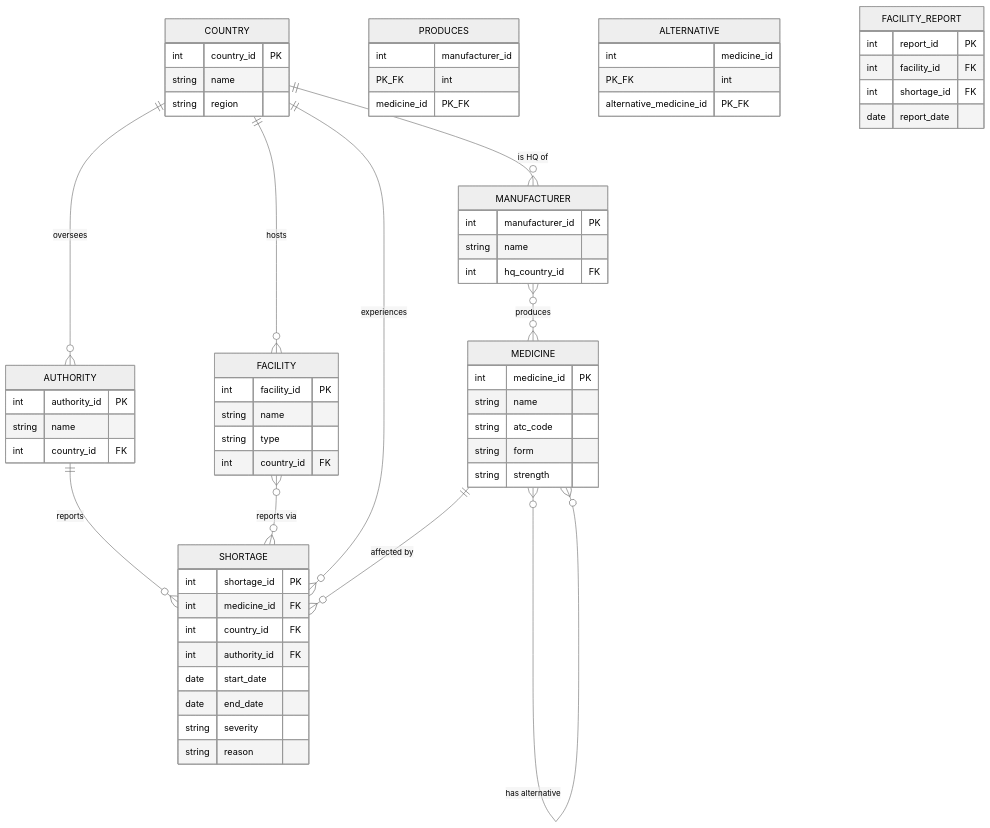
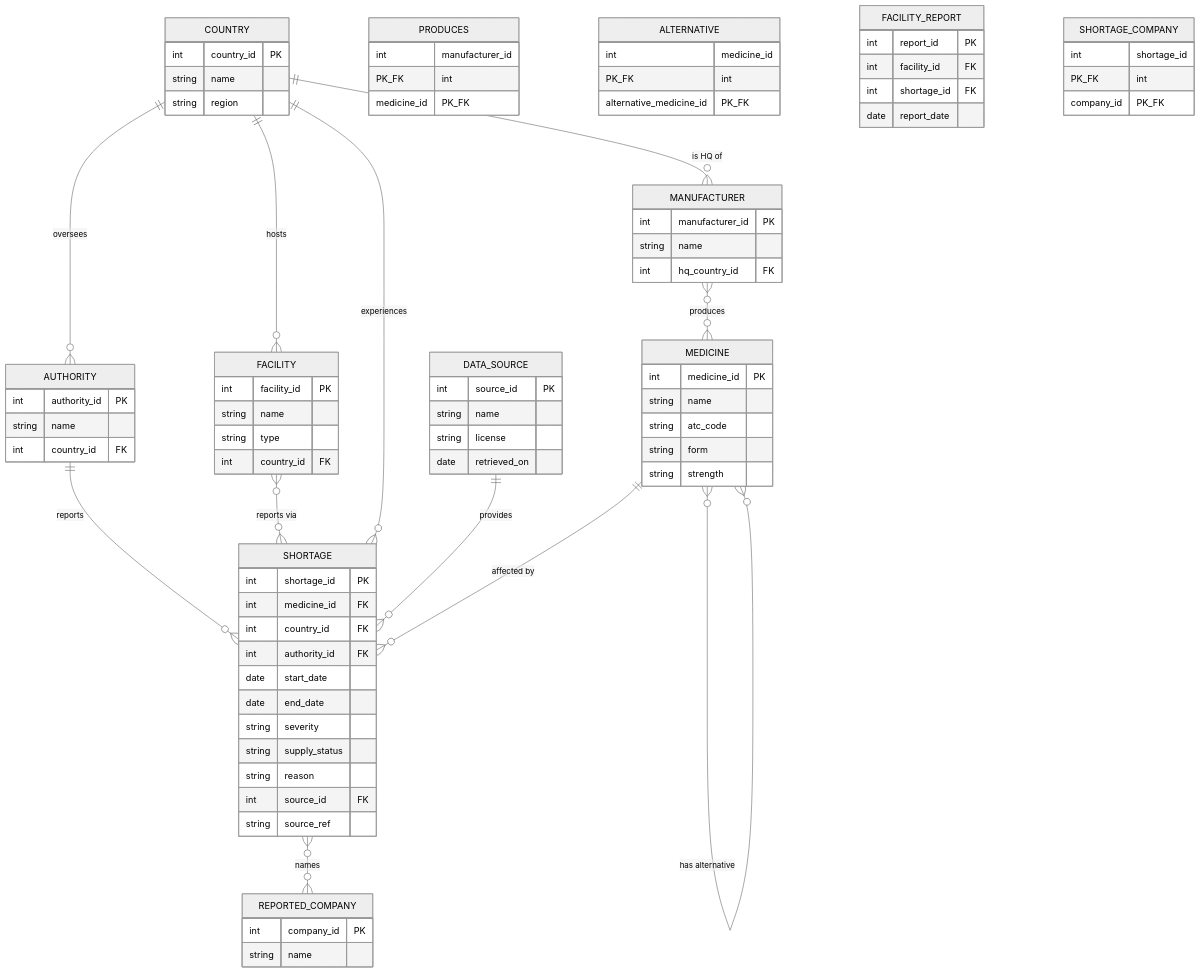
Before and after one commit to EduardPatachia/Schema-Design-Database-Connection: the diagram in README.md, drawn with Mermaid (neutral theme). The commit also changed other lines of this file and 22 other files, not shown here.

Commit message:
Integrate real-world medicine shortage data

````diff
--- a/README.md
+++ b/README.md
@@ -31,6 +45,8 @@
     MANUFACTURER }o--o{ MEDICINE : produces
     MEDICINE }o--o{ MEDICINE : "has alternative"
     FACILITY }o--o{ SHORTAGE : "reports via"
+    DATA_SOURCE ||--o{ SHORTAGE : provides
+    SHORTAGE }o--o{ REPORTED_COMPANY : names
 
     COUNTRY {
         int country_id PK
@@ -68,7 +84,10 @@
         date start_date
         date end_date
         string severity
+        string supply_status
         string reason
+        int source_id FK
+        string source_ref
     }
     PRODUCES {
         int manufacturer_id PK_FK
@@ -84,4 +103,18 @@
         int shortage_id FK
         date report_date
     }
+    DATA_SOURCE {
+        int source_id PK
+        string name
+        string license
+        date retrieved_on
+    }
+    REPORTED_COMPANY {
+        int company_id PK
+        string name
+    }
+    SHORTAGE_COMPANY {
+        int shortage_id PK_FK
+        int company_id PK_FK
+    }
 ```
````
